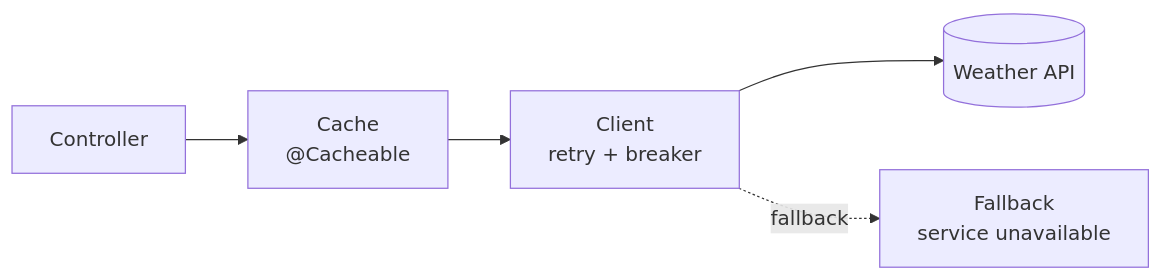
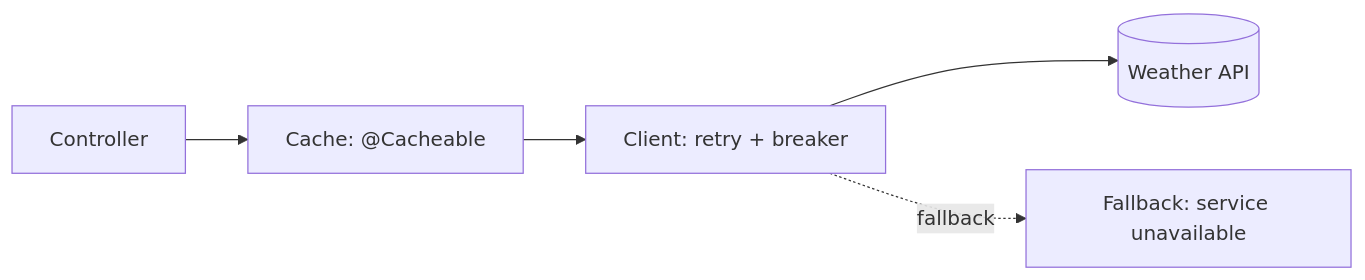
The second of 3 diagrams in README.md (podlLev/WeatherViewer), drawn with Mermaid before and after one commit. The commit also changed other lines of this file and 1 other file, not shown here.

````diff
--- a/README.md
+++ b/README.md
@@ -112,7 +116,7 @@
 ```mermaid
 flowchart LR
-    A[Controller] --> B["Cache<br/>@Cacheable"]
-    B --> C["Client<br/>retry + breaker"]
+    A[Controller] --> B["Cache: @Cacheable"]
+    B --> C["Client: retry + breaker"]
     C --> D[("Weather API")]
-    C -. fallback .-> E["Fallback<br/>service unavailable"]
+    C -. fallback .-> E["Fallback: service unavailable"]
 ```
````
